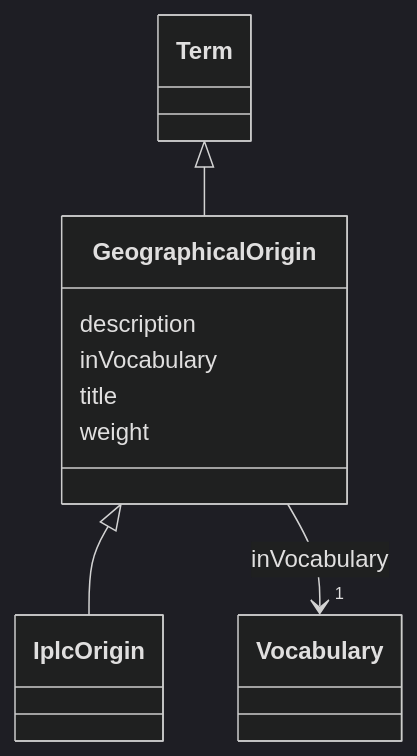
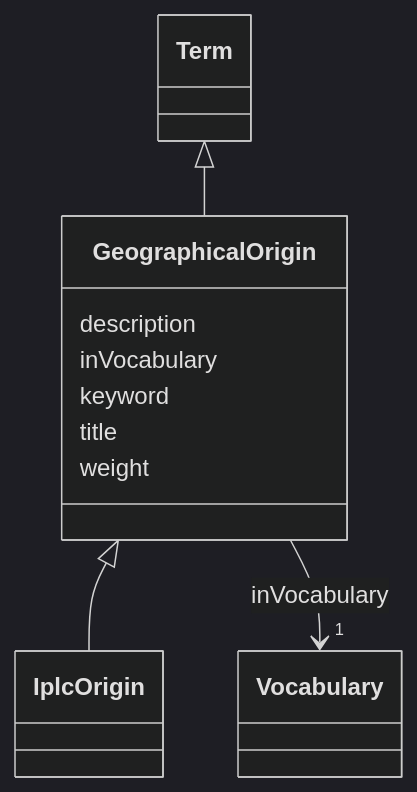
Before and after one commit to EVORA-project/evora-ontology: the diagram in models/docs/GeographicalOrigin.md, drawn with Mermaid (dark theme). The commit also changed other lines of this file and 402 other files, not shown here.

````diff
--- a/models/docs/GeographicalOrigin.md
+++ b/models/docs/GeographicalOrigin.md
@@ -19,29 +19,31 @@
 ```mermaid
  classDiagram
     class GeographicalOrigin
     click GeographicalOrigin href "../GeographicalOrigin"
       Term <|-- GeographicalOrigin
         click Term href "../Term"
       
 
       GeographicalOrigin <|-- IplcOrigin
         click IplcOrigin href "../IplcOrigin"
       
       
       GeographicalOrigin : description
         
       GeographicalOrigin : inVocabulary
         
           
     
     
     GeographicalOrigin --> "1" Vocabulary : inVocabulary
     click Vocabulary href "../Vocabulary"
 
         
+      GeographicalOrigin : keyword
+        
       GeographicalOrigin : title
         
       GeographicalOrigin : weight
         
       
 ```
````
